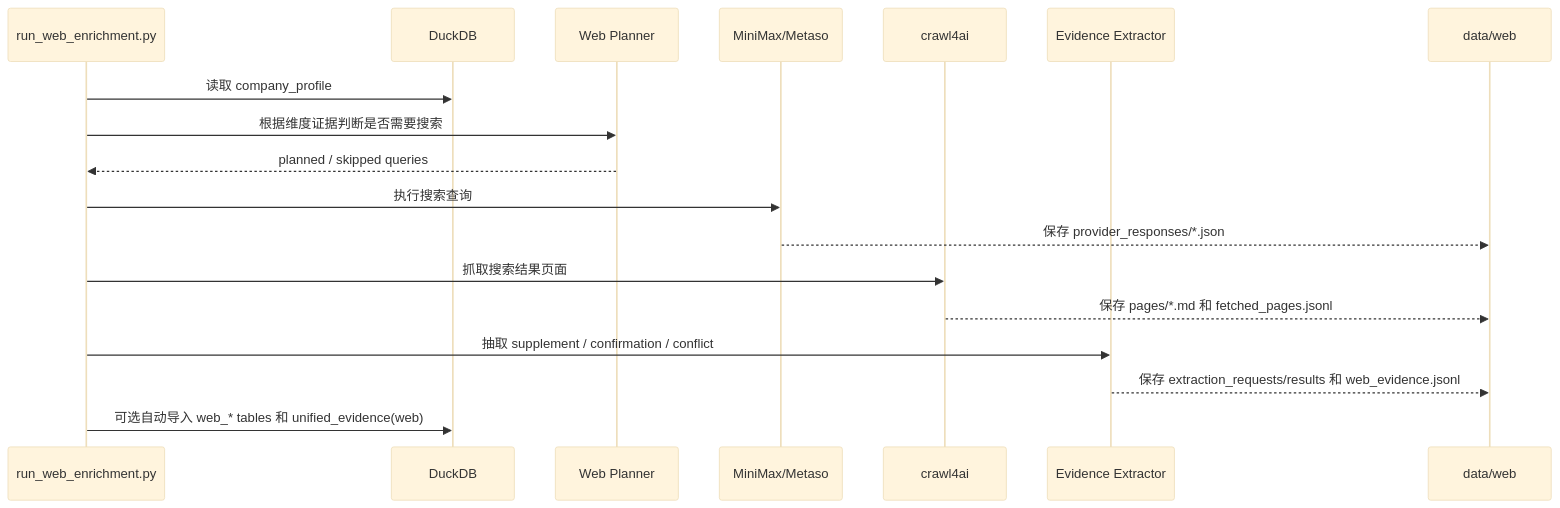
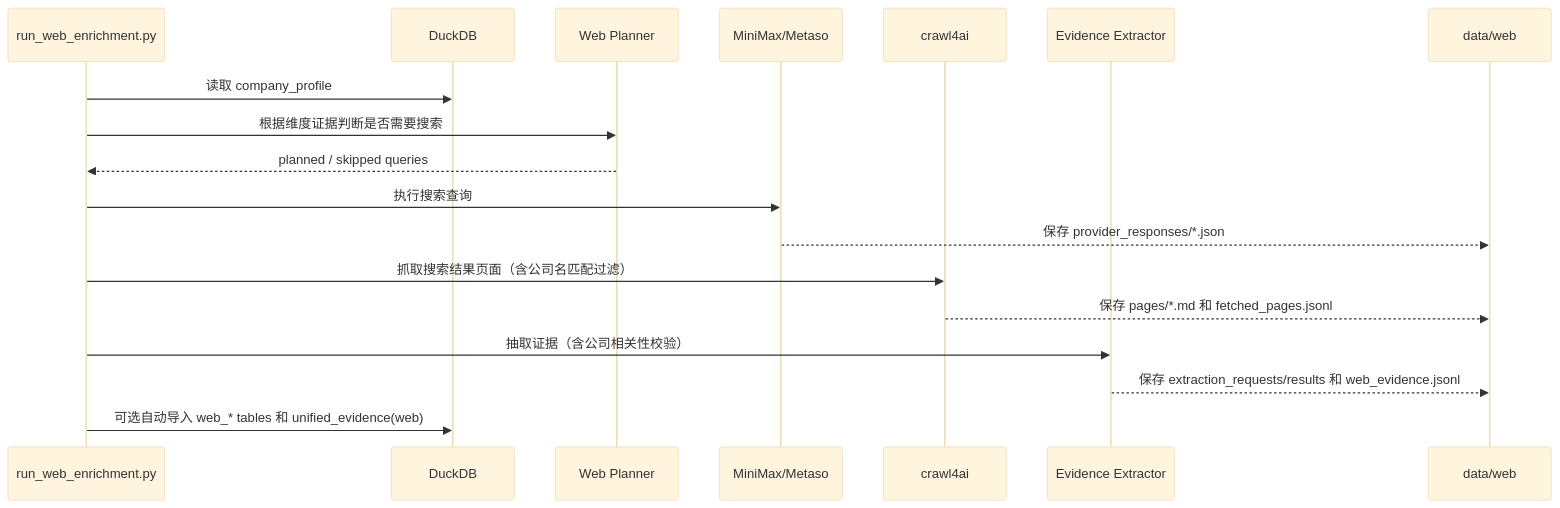
One commit to leeing/xft-dd changed the third of 3 diagrams in README.md. Above: the diagram before and after it, drawn with Mermaid (base theme). The commit also changed other lines of this file, not shown here.

````diff
--- a/README.md
+++ b/README.md
@@ -131,21 +397,21 @@
 ```mermaid
 sequenceDiagram
   participant CLI as run_web_enrichment.py
   participant DB as DuckDB
   participant Plan as Web Planner
   participant Provider as MiniMax/Metaso
   participant Fetch as crawl4ai
   participant LLM as Evidence Extractor
   participant Cache as data/web
 
   CLI->>DB: 读取 company_profile
   CLI->>Plan: 根据维度证据判断是否需要搜索
   Plan-->>CLI: planned / skipped queries
   CLI->>Provider: 执行搜索查询
   Provider-->>Cache: 保存 provider_responses/*.json
-  CLI->>Fetch: 抓取搜索结果页面
+  CLI->>Fetch: 抓取搜索结果页面（含公司名匹配过滤）
   Fetch-->>Cache: 保存 pages/*.md 和 fetched_pages.jsonl
-  CLI->>LLM: 抽取 supplement / confirmation / conflict
+  CLI->>LLM: 抽取证据（含公司相关性校验）
   LLM-->>Cache: 保存 extraction_requests/results 和 web_evidence.jsonl
   CLI->>DB: 可选自动导入 web_* tables 和 unified_evidence(web)
 ```
````
